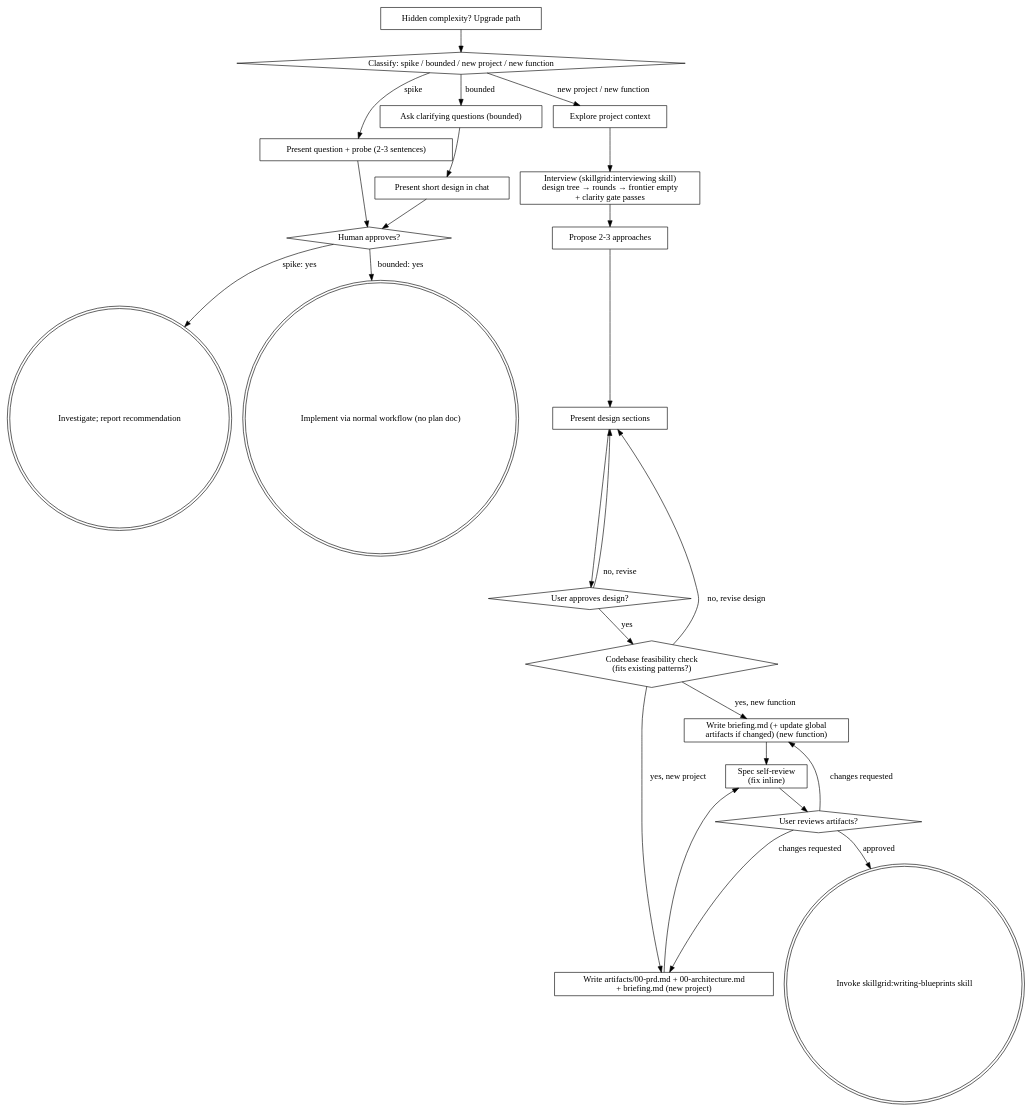
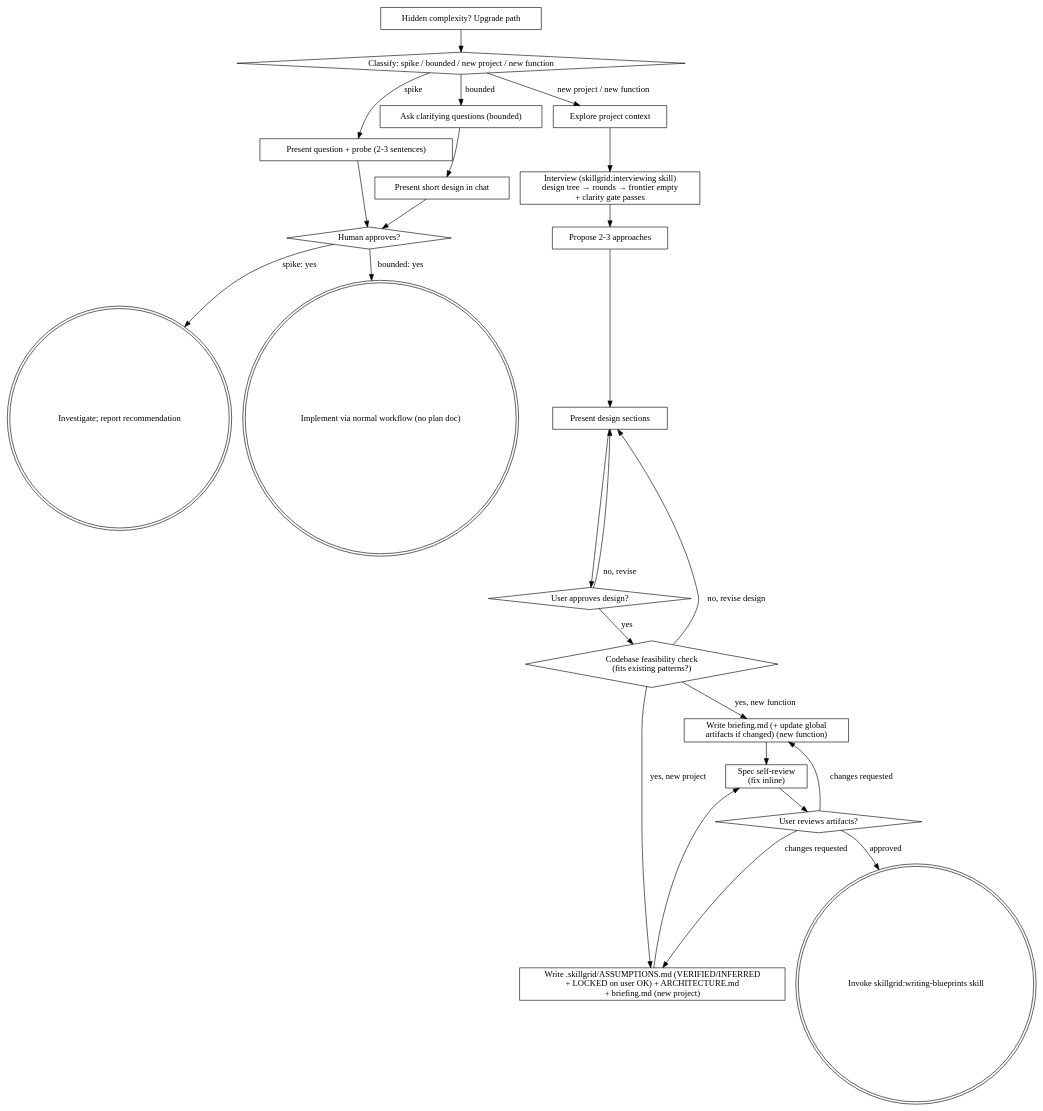
The diagram in .agents/skills/brainstorming/SKILL.md (devopstales/skillgrid), drawn with Graphviz before and after one commit. The commit also changed other lines of this file and 3 other files, not shown here.

````diff
--- a/.agents/skills/brainstorming/SKILL.md
+++ b/.agents/skills/brainstorming/SKILL.md
@@ -223,48 +234,48 @@
 ```dot
 digraph brainstorming {
     "Classify: spike / bounded / new project / new function" [shape=diamond];
     "Present question + probe (2-3 sentences)" [shape=box];
     "Ask clarifying questions (bounded)" [shape=box];
     "Present short design in chat" [shape=box];
     "Human approves?" [shape=diamond];
     "Investigate; report recommendation" [shape=doublecircle];
     "Implement via normal workflow (no plan doc)" [shape=doublecircle];
     "Explore project context" [shape=box];
     "Interview (skillgrid:interviewing skill)\ndesign tree → rounds → frontier empty\n+ clarity gate passes" [shape=box];
     "Propose 2-3 approaches" [shape=box];
     "Present design sections" [shape=box];
     "User approves design?" [shape=diamond];
     "Codebase feasibility check\n(fits existing patterns?)" [shape=diamond];
-    "Write artifacts/00-prd.md + 00-architecture.md\n+ briefing.md (new project)" [shape=box];
+    "Write .skillgrid/ASSUMPTIONS.md (VERIFIED/INFERRED\n+ LOCKED on user OK) + ARCHITECTURE.md\n+ briefing.md (new project)" [shape=box];
     "Write briefing.md (+ update global\nartifacts if changed) (new function)" [shape=box];
     "Spec self-review\n(fix inline)" [shape=box];
     "User reviews artifacts?" [shape=diamond];
     "Invoke skillgrid:writing-blueprints skill" [shape=doublecircle];
     "Hidden complexity? Upgrade path" [shape=box];
 
     "Classify: spike / bounded / new project / new function" -> "Present question + probe (2-3 sentences)" [label="spike"];
     "Classify: spike / bounded / new project / new function" -> "Ask clarifying questions (bounded)" [label="bounded"];
     "Classify: spike / bounded / new project / new function" -> "Explore project context" [label="new project / new function"];
     "Present question + probe (2-3 sentences)" -> "Human approves?";
     "Ask clarifying questions (bounded)" -> "Present short design in chat";
     "Present short design in chat" -> "Human approves?";
     "Human approves?" -> "Investigate; report recommendation" [label="spike: yes"];
     "Human approves?" -> "Implement via normal workflow (no plan doc)" [label="bounded: yes"];
     "Hidden complexity? Upgrade path" -> "Classify: spike / bounded / new project / new function";
     "Explore project context" -> "Interview (skillgrid:interviewing skill)\ndesign tree → rounds → frontier empty\n+ clarity gate passes";
     "Interview (skillgrid:interviewing skill)\ndesign tree → rounds → frontier empty\n+ clarity gate passes" -> "Propose 2-3 approaches";
     "Propose 2-3 approaches" -> "Present design sections";
     "Present design sections" -> "User approves design?";
     "User approves design?" -> "Present design sections" [label="no, revise"];
     "User approves design?" -> "Codebase feasibility check\n(fits existing patterns?)" [label="yes"];
     "Codebase feasibility check\n(fits existing patterns?)" -> "Present design sections" [label="no, revise design"];
-    "Codebase feasibility check\n(fits existing patterns?)" -> "Write artifacts/00-prd.md + 00-architecture.md\n+ briefing.md (new project)" [label="yes, new project"];
+    "Codebase feasibility check\n(fits existing patterns?)" -> "Write .skillgrid/ASSUMPTIONS.md (VERIFIED/INFERRED\n+ LOCKED on user OK) + ARCHITECTURE.md\n+ briefing.md (new project)" [label="yes, new project"];
     "Codebase feasibility check\n(fits existing patterns?)" -> "Write briefing.md (+ update global\nartifacts if changed) (new function)" [label="yes, new function"];
-    "Write artifacts/00-prd.md + 00-architecture.md\n+ briefing.md (new project)" -> "Spec self-review\n(fix inline)";
+    "Write .skillgrid/ASSUMPTIONS.md (VERIFIED/INFERRED\n+ LOCKED on user OK) + ARCHITECTURE.md\n+ briefing.md (new project)" -> "Spec self-review\n(fix inline)";
     "Write briefing.md (+ update global\nartifacts if changed) (new function)" -> "Spec self-review\n(fix inline)";
     "Spec self-review\n(fix inline)" -> "User reviews artifacts?";
-    "User reviews artifacts?" -> "Write artifacts/00-prd.md + 00-architecture.md\n+ briefing.md (new project)" [label="changes requested"];
+    "User reviews artifacts?" -> "Write .skillgrid/ASSUMPTIONS.md (VERIFIED/INFERRED\n+ LOCKED on user OK) + ARCHITECTURE.md\n+ briefing.md (new project)" [label="changes requested"];
     "User reviews artifacts?" -> "Write briefing.md (+ update global\nartifacts if changed) (new function)" [label="changes requested"];
     "User reviews artifacts?" -> "Invoke skillgrid:writing-blueprints skill" [label="approved"];
 }
 ```
````
